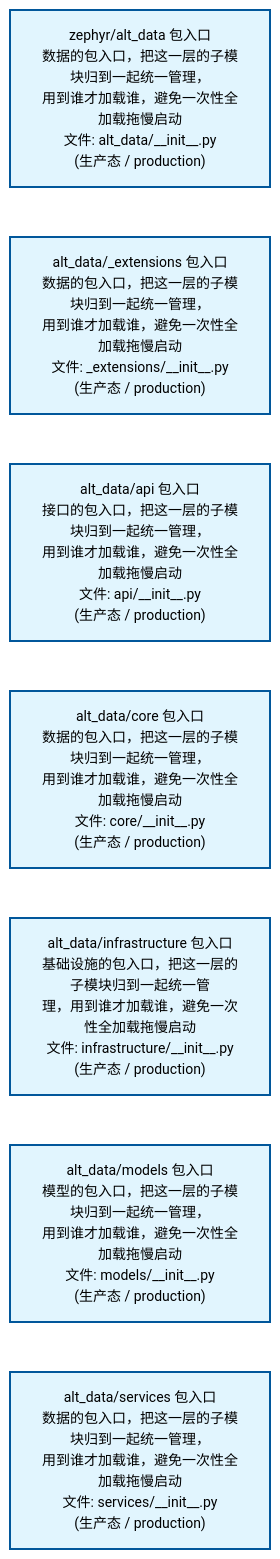
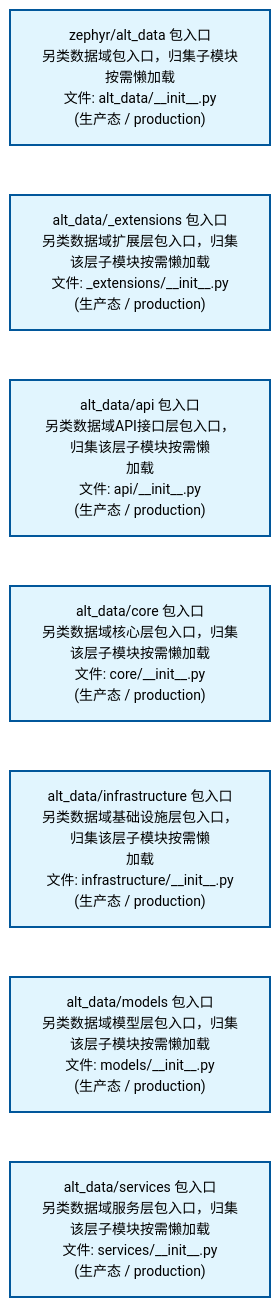
The first of 2 diagrams in docs/02_enterprise_architecture/02_domain_architecture_docs/09_d_alt_data.md (xuanFelixVan/ZephyrAlpha), drawn with Mermaid before and after one commit. The commit also changed other lines of this file and 63 other files, not shown here.

````diff
--- a/docs/02_enterprise_architecture/02_domain_architecture_docs/09_d_alt_data.md
+++ b/docs/02_enterprise_architecture/02_domain_architecture_docs/09_d_alt_data.md
@@ -53,22 +53,22 @@
 ```mermaid
 %%{init: {'theme': 'base', 'themeVariables': {'primaryColor': '#eaeaea', 'primaryTextColor': '#333333', 'primaryBorderColor': '#666666', 'lineColor': '#666666', 'secondaryColor': '#eaeaea', 'tertiaryColor': '#eaeaea', 'fontSize': '14px'}}}%%
 flowchart TD
-    src_zephyr_alt_data_init_py["zephyr/alt_data 包入口<br/>数据的包入口，把这一层的子模块归到一起统一管理，<br/>用到谁才加载谁，避免一次性全加载拖慢启动<br/>文件: alt_data/__init__.py<br/>(生产态 / production)"]
-    src_zephyr_alt_data_extensions_init_py["alt_data/_extensions 包入口<br/>数据的包入口，把这一层的子模块归到一起统一管理，<br/>用到谁才加载谁，避免一次性全加载拖慢启动<br/>文件: _extensions/__init__.py<br/>(生产态 / production)"]
-    src_zephyr_alt_data_api_init_py["alt_data/api 包入口<br/>接口的包入口，把这一层的子模块归到一起统一管理，<br/>用到谁才加载谁，避免一次性全加载拖慢启动<br/>文件: api/__init__.py<br/>(生产态 / production)"]
-    src_zephyr_alt_data_core_init_py["alt_data/core 包入口<br/>数据的包入口，把这一层的子模块归到一起统一管理，<br/>用到谁才加载谁，避免一次性全加载拖慢启动<br/>文件: core/__init__.py<br/>(生产态 / production)"]
-    src_zephyr_alt_data_infrastructure_init_py["alt_data/infrastructure 包入口<br/>基础设施的包入口，把这一层的子模块归到一起统一管<br/>理，用到谁才加载谁，避免一次性全加载拖慢启动<br/>文件: infrastructure/__init__.py<br/>(生产态 / production)"]
-    src_zephyr_alt_data_models_init_py["alt_data/models 包入口<br/>模型的包入口，把这一层的子模块归到一起统一管理，<br/>用到谁才加载谁，避免一次性全加载拖慢启动<br/>文件: models/__init__.py<br/>(生产态 / production)"]
-    src_zephyr_alt_data_services_init_py["alt_data/services 包入口<br/>数据的包入口，把这一层的子模块归到一起统一管理，<br/>用到谁才加载谁，避免一次性全加载拖慢启动<br/>文件: services/__init__.py<br/>(生产态 / production)"]
+    src_zephyr_alt_data_init_py["zephyr/alt_data 包入口<br/>另类数据域包入口，归集子模块按需懒加载<br/>文件: alt_data/__init__.py<br/>(生产态 / production)"]
+    src_zephyr_alt_data_extensions_init_py["alt_data/_extensions 包入口<br/>另类数据域扩展层包入口，归集该层子模块按需懒加载<br/>文件: _extensions/__init__.py<br/>(生产态 / production)"]
+    src_zephyr_alt_data_api_init_py["alt_data/api 包入口<br/>另类数据域API接口层包入口，归集该层子模块按需懒<br/>加载<br/>文件: api/__init__.py<br/>(生产态 / production)"]
+    src_zephyr_alt_data_core_init_py["alt_data/core 包入口<br/>另类数据域核心层包入口，归集该层子模块按需懒加载<br/>文件: core/__init__.py<br/>(生产态 / production)"]
+    src_zephyr_alt_data_infrastructure_init_py["alt_data/infrastructure 包入口<br/>另类数据域基础设施层包入口，归集该层子模块按需懒<br/>加载<br/>文件: infrastructure/__init__.py<br/>(生产态 / production)"]
+    src_zephyr_alt_data_models_init_py["alt_data/models 包入口<br/>另类数据域模型层包入口，归集该层子模块按需懒加载<br/>文件: models/__init__.py<br/>(生产态 / production)"]
+    src_zephyr_alt_data_services_init_py["alt_data/services 包入口<br/>另类数据域服务层包入口，归集该层子模块按需懒加载<br/>文件: services/__init__.py<br/>(生产态 / production)"]
     src_zephyr_alt_data_init_py ~~~ src_zephyr_alt_data_extensions_init_py
     src_zephyr_alt_data_extensions_init_py ~~~ src_zephyr_alt_data_api_init_py
     src_zephyr_alt_data_api_init_py ~~~ src_zephyr_alt_data_core_init_py
     src_zephyr_alt_data_core_init_py ~~~ src_zephyr_alt_data_infrastructure_init_py
     src_zephyr_alt_data_infrastructure_init_py ~~~ src_zephyr_alt_data_models_init_py
     src_zephyr_alt_data_models_init_py ~~~ src_zephyr_alt_data_services_init_py
     classDef production fill:#e1f5fe,stroke:#01579b,stroke-width:2px,color:#000
     classDef design fill:#fff3e0,stroke:#e65100,stroke-width:2px,color:#000,stroke-dasharray: 5 5
     classDef external_prod fill:#e8f4fd,stroke:#0277bd,stroke-width:1px,color:#000
     classDef external_design fill:#fff8e7,stroke:#ef6c00,stroke-width:1px,color:#000,stroke-dasharray: 5 5
     class src_zephyr_alt_data_init_py,src_zephyr_alt_data_extensions_init_py,src_zephyr_alt_data_api_init_py,src_zephyr_alt_data_core_init_py,src_zephyr_alt_data_infrastructure_init_py,src_zephyr_alt_data_models_init_py,src_zephyr_alt_data_services_init_py production
 ```
````
